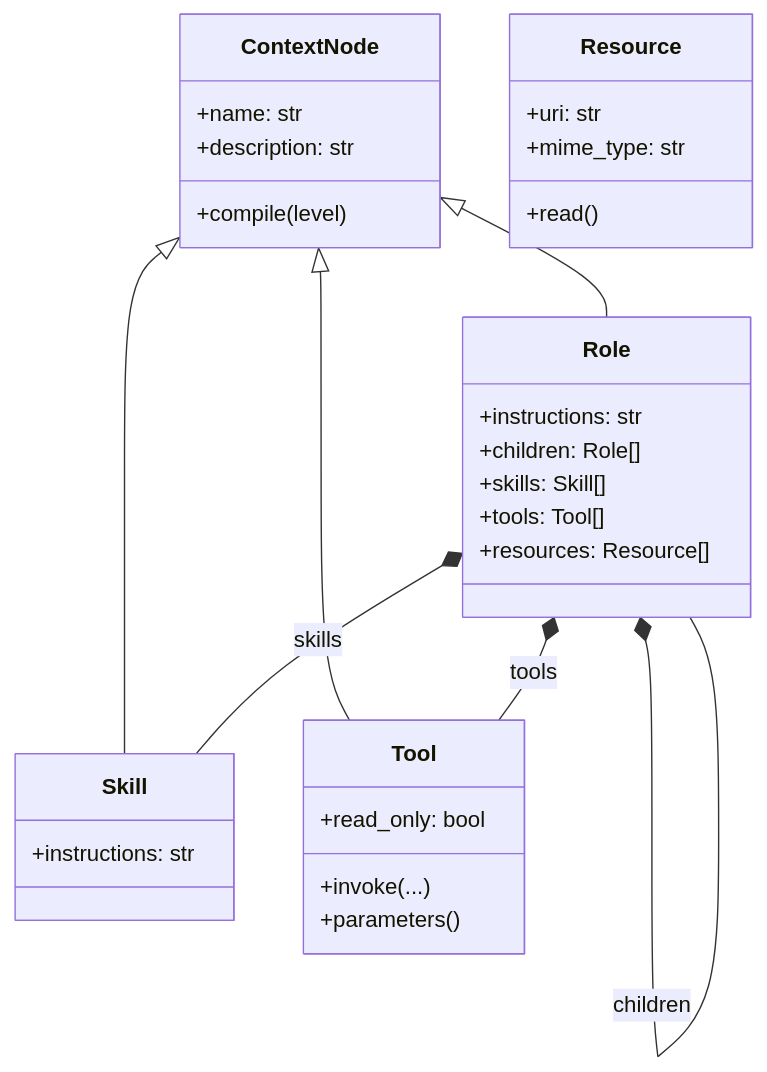
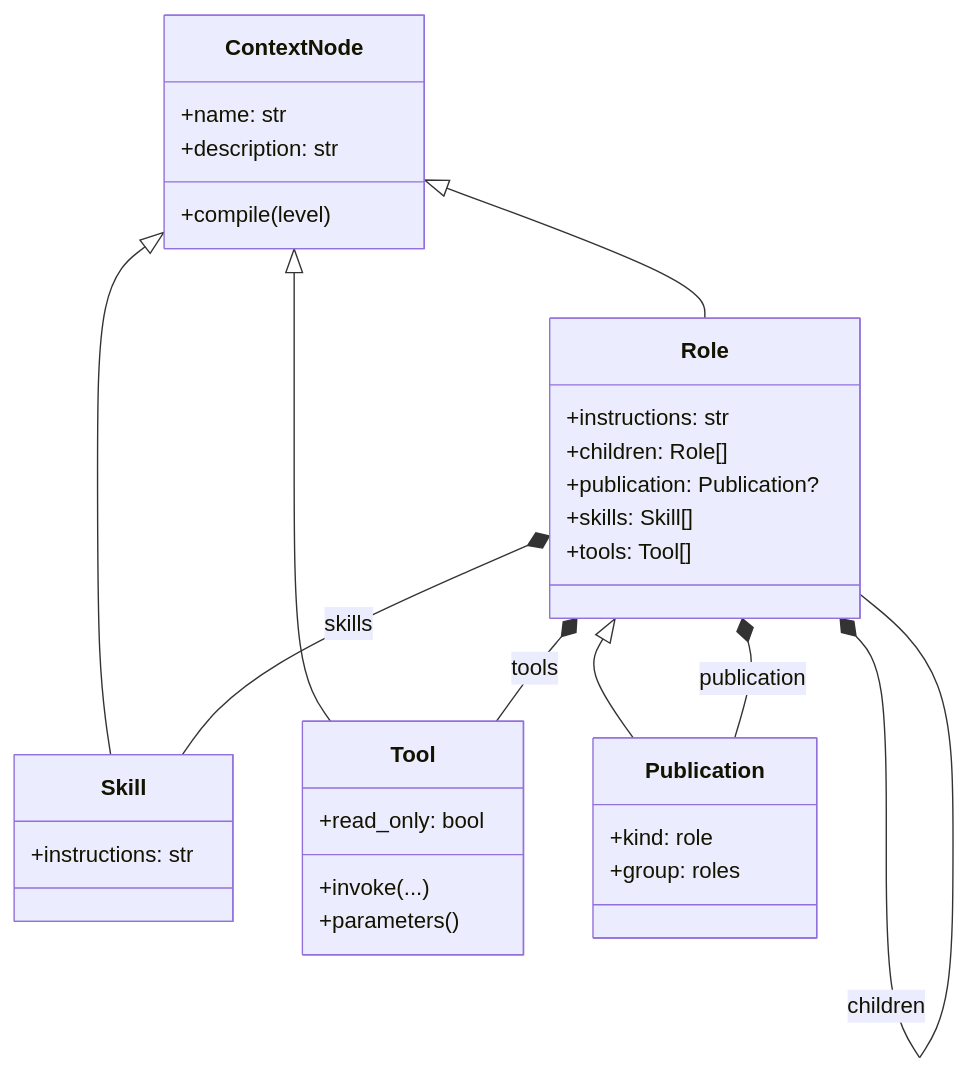
The diagram in docs/01-role-object-model.md (CarterShi01/contexture-mcp), drawn with Mermaid before and after one commit. The commit also changed other lines of this file and 21 other files, not shown here.

````diff
--- a/docs/01-role-object-model.md
+++ b/docs/01-role-object-model.md
@@ -475,39 +499,40 @@
 ```mermaid
 classDiagram
     class ContextNode {
         +name: str
         +description: str
         +compile(level)
     }
 
     class Role {
         +instructions: str
         +children: Role[]
+        +publication: Publication?
         +skills: Skill[]
         +tools: Tool[]
-        +resources: Resource[]
     }
 
     class Skill {
         +instructions: str
     }
 
     class Tool {
         +read_only: bool
         +invoke(...)
         +parameters()
     }
 
-    class Resource {
-        +uri: str
-        +mime_type: str
-        +read()
+    class Publication {
+        +kind: role
+        +group: roles
     }
 
     ContextNode <|-- Role
     ContextNode <|-- Skill
     ContextNode <|-- Tool
+    Role <|-- Publication
     Role *-- Role : children
+    Role *-- Publication : publication
     Role *-- Skill : skills
     Role *-- Tool : tools
 ```
````
